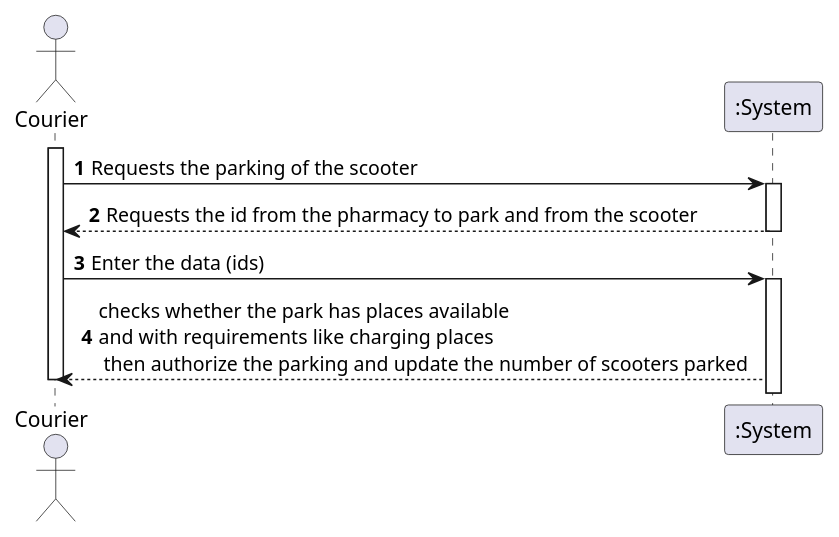
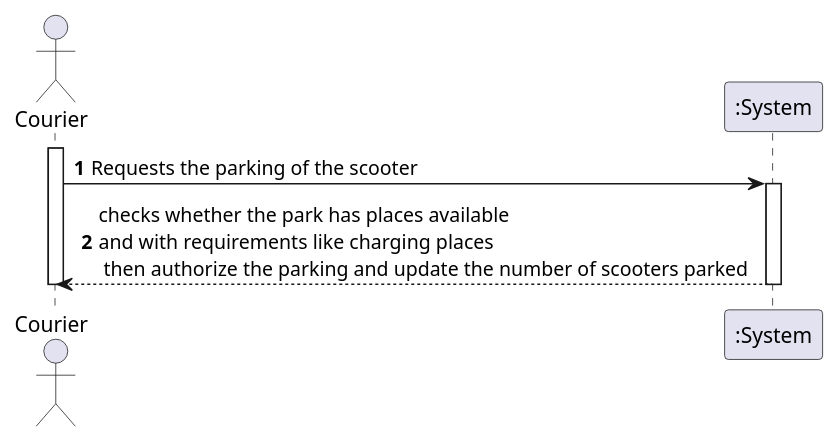
The diagram in Documents/UC17/UC17_SSD.puml (1190452/LAPR3), drawn with PlantUML before and after one commit. The commit also changed 1 other file, not shown here.

```diff
--- a/Documents/UC17/UC17_SSD.puml
+++ b/Documents/UC17/UC17_SSD.puml
@@ -1,20 +1,15 @@
 @startuml
 autonumber
 actor "Courier" as COR
 
 activate COR
 COR -> ":System" : Requests the parking of the scooter
 activate ":System"
-":System" --> COR : Requests the id from the pharmacy to park and from the scooter
+":System" --> COR : checks whether the park has places available \nand with requirements like charging places\n then authorize the parking and update the number of scooters parked
 deactivate ":System"
-
-
-COR -> ":System" : Enter the data (ids)
-activate ":System"
-":System" --> COR : checks whether the park has places available \nand with requirements like charging places\n then authorize the parking and update the number of scooters parked
 
 
 
 
 deactivate COR
 @enduml
```
